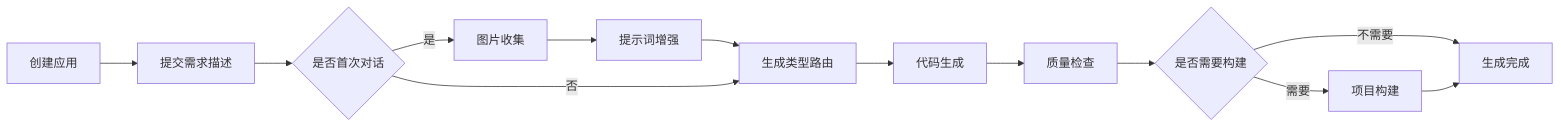
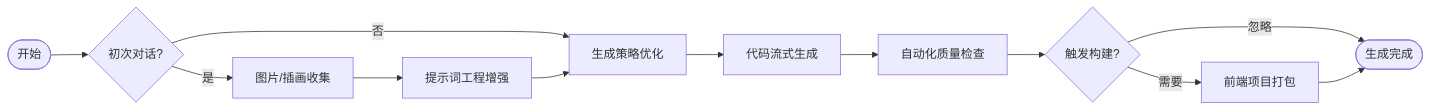
The second of 2 diagrams in README.md (qasax/NoCodePlatform), drawn with Mermaid before and after one commit. The commit also changed other lines of this file, not shown here.

````diff
--- a/README.md
+++ b/README.md
@@ -64,15 +91,17 @@
 ```mermaid
 flowchart LR
-    A[创建应用] --> B[提交需求描述]
-    B --> C{是否首次对话}
-    C -->|是| D[图片收集]
-    D --> E[提示词增强]
-    E --> F[生成类型路由]
-    C -->|否| F
-    F --> G[代码生成]
-    G --> H[质量检查]
-    H --> I{是否需要构建}
-    I -->|需要| J[项目构建]
-    I -->|不需要| K[生成完成]
-    J --> K
+    Start([开始]) --> Match{初次对话?}
+    Match -- 是 --> Pic[图片/插画收集]
+    Match -- 否 --> Route[生成策略优化]
+    
+    Pic --> Augment[提示词工程增强]
+    Augment --> Route
+    
+    Route --> Gen[代码流式生成]
+    Gen --> QA[自动化质量检查]
+    
+    QA --> Build{触发构建?}
+    Build -- 需要 --> Project[前端项目打包]
+    Build -- 忽略 --> End([生成完成])
+    Project --> End
 ```
````
